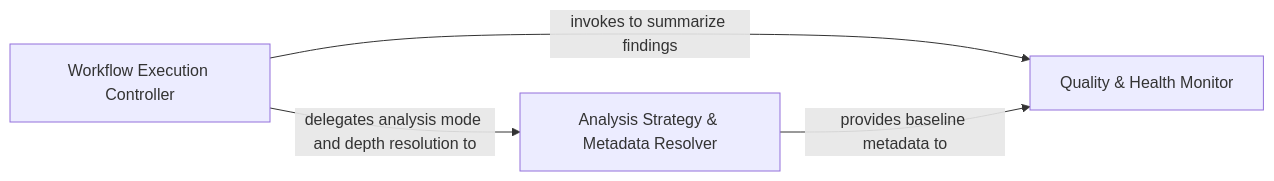
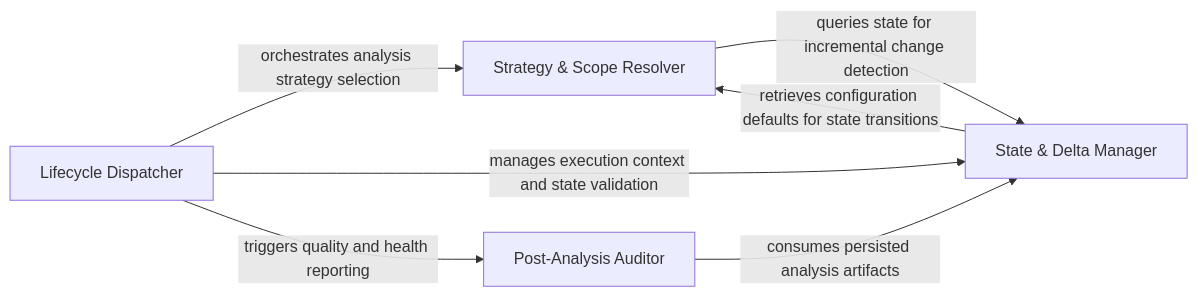
One commit to CodeBoarding/CodeBoarding-action changed the diagram in .codeboarding/Analysis_Orchestrator.md. Above: the diagram before and after it, drawn with Mermaid. The commit also changed other lines of this file and 14 other files, not shown here.

Commit message:
chore(codeboarding): sync architecture baseline

````diff
--- a/.codeboarding/Analysis_Orchestrator.md
+++ b/.codeboarding/Analysis_Orchestrator.md
@@ -1,9 +1,13 @@
 ```mermaid
 graph LR
-    Workflow_Execution_Controller["Workflow Execution Controller"]
-    Analysis_Strategy_Metadata_Resolver["Analysis Strategy & Metadata Resolver"]
-    Quality_Health_Monitor["Quality & Health Monitor"]
-    Workflow_Execution_Controller -- "delegates analysis mode and depth resolution to" --> Analysis_Strategy_Metadata_Resolver
-    Workflow_Execution_Controller -- "invokes to summarize findings" --> Quality_Health_Monitor
-    Analysis_Strategy_Metadata_Resolver -- "provides baseline metadata to" --> Quality_Health_Monitor
+    Lifecycle_Dispatcher["Lifecycle Dispatcher"]
+    Strategy_Scope_Resolver["Strategy & Scope Resolver"]
+    State_Delta_Manager["State & Delta Manager"]
+    Post_Analysis_Auditor["Post-Analysis Auditor"]
+    Lifecycle_Dispatcher -- "orchestrates analysis strategy selection" --> Strategy_Scope_Resolver
+    Lifecycle_Dispatcher -- "manages execution context and state validation" --> State_Delta_Manager
+    Lifecycle_Dispatcher -- "triggers quality and health reporting" --> Post_Analysis_Auditor
+    Strategy_Scope_Resolver -- "queries state for incremental change detection" --> State_Delta_Manager
+    State_Delta_Manager -- "retrieves configuration defaults for state transitions" --> Strategy_Scope_Resolver
+    Post_Analysis_Auditor -- "consumes persisted analysis artifacts" --> State_Delta_Manager
 ```
````
